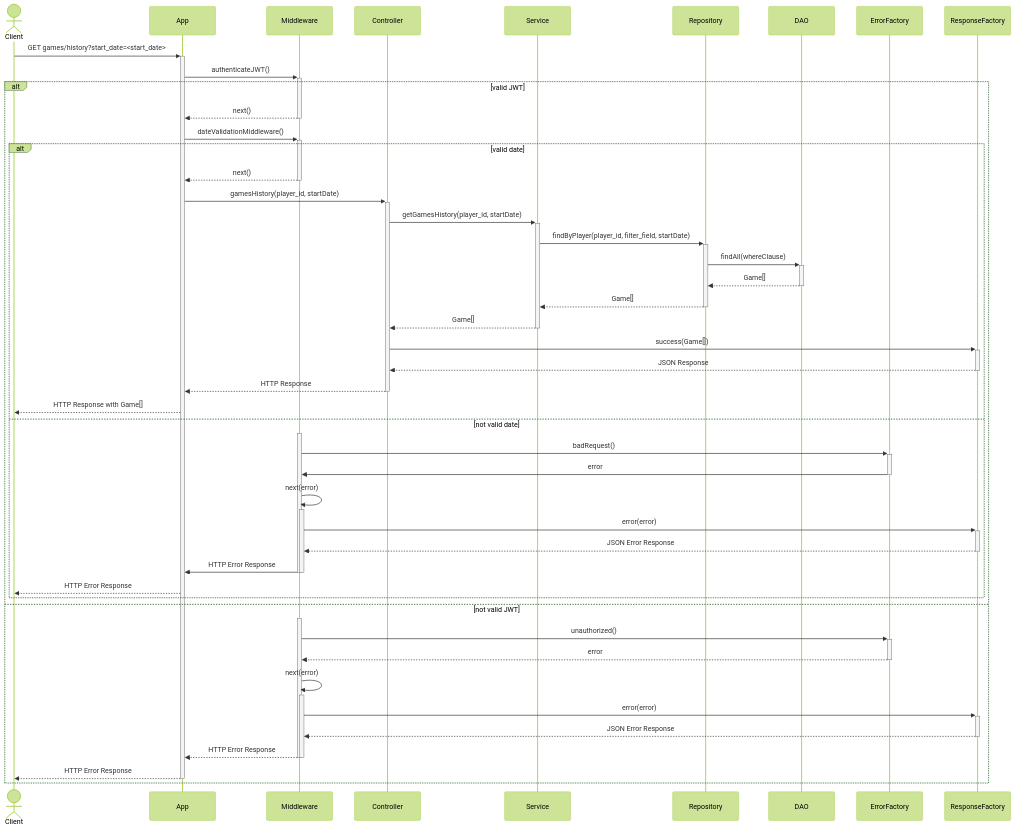
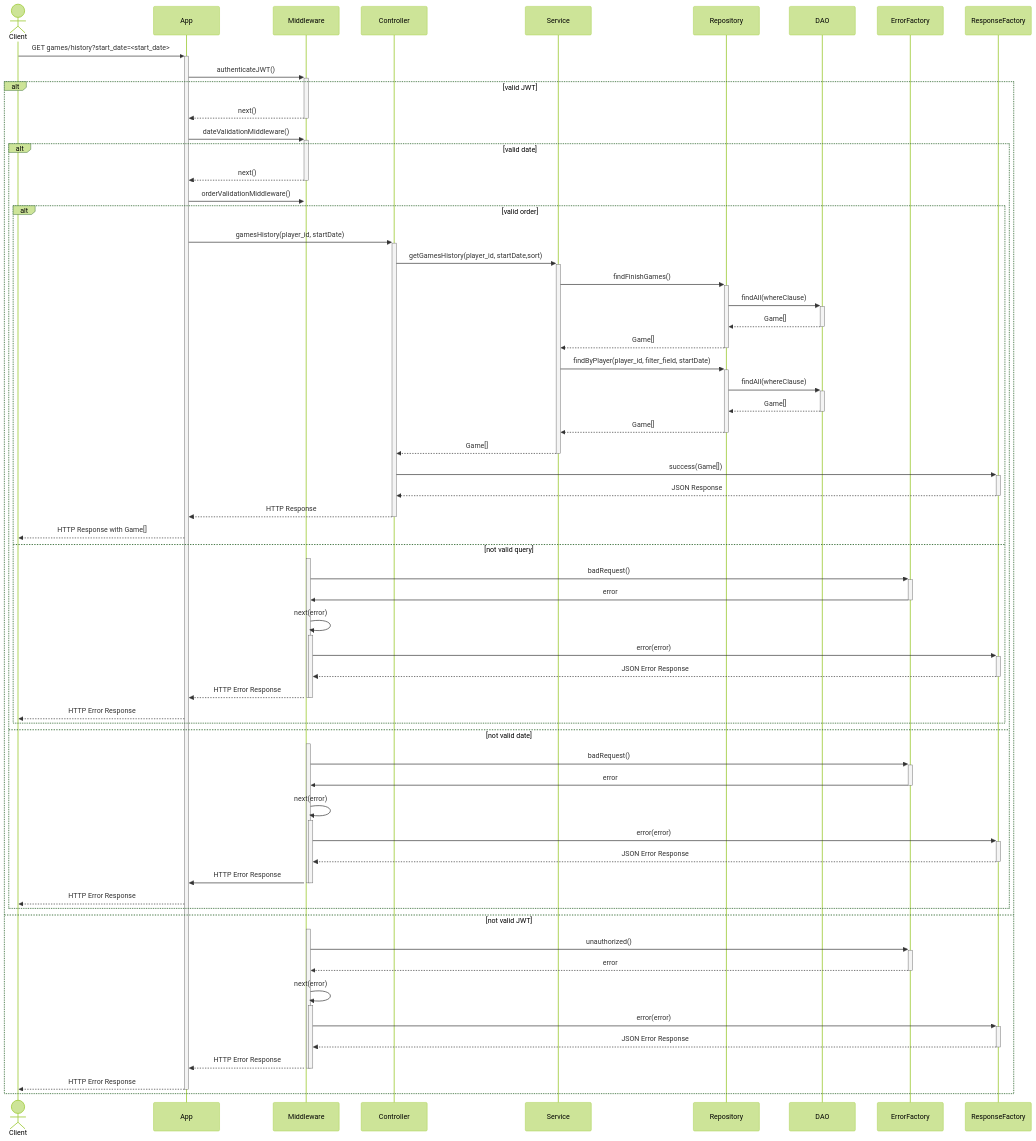
The fourth of 6 diagrams in README.md (nicolobartolinii/chess-backend), drawn with Mermaid (forest theme) before and after one commit. The commit also changed other lines of this file and 3 other files, not shown here.

Commit message:
fix, comments and one sequenze diagrams

````diff
--- a/README.md
+++ b/README.md
@@ -257,53 +257,70 @@
 ```mermaid
 sequenceDiagram
     actor Client
     participant App
     participant Middleware
     participant Controller
     participant Service
     participant Repository
     participant DAO
     participant ErrorFactory
     participant ResponseFactory
 
     Client->>+App: GET games/history?start_date=<start_date>
     App->>+Middleware: authenticateJWT()
     alt valid JWT
         Middleware-->>-App: next()
             App->>+Middleware: dateValidationMiddleware()
             alt valid date
                 Middleware-->>-App: next()
+                App->>+Middleware: orderValidationMiddleware()
+                alt valid order
                     App->>+Controller: gamesHistory(player_id, startDate)
-                    Controller->>+Service: getGamesHistory(player_id, startDate)
+                    Controller->>+Service: getGamesHistory(player_id, startDate,sort)
+                    Service->>+Repository:findFinishGames()
+                    Repository->>+DAO: findAll(whereClause)
+                    DAO-->>-Repository: Game[]
+                    Repository-->>-Service: Game[]
                     Service->>+Repository: findByPlayer(player_id, filter_field, startDate)
                     Repository->>+DAO: findAll(whereClause)
                     DAO-->>-Repository: Game[]
                     Repository-->>-Service: Game[]
                     Service-->>-Controller: Game[]
                     Controller->>+ResponseFactory: success(Game[])
                     ResponseFactory-->>-Controller: JSON Response
                     Controller-->>-App: HTTP Response
                     App-->>Client: HTTP Response with Game[]
+                else not valid query
+                    activate Middleware
+                    Middleware->>+ErrorFactory: badRequest()
+                    ErrorFactory->>-Middleware: error
+                    Middleware->>+Middleware: next(error)
+                    Middleware->>+ResponseFactory: error(error)
+                    ResponseFactory-->>-Middleware: JSON Error Response
+                    Middleware-->>-App: HTTP Error Response
+                    deactivate Middleware
+                    App-->>Client: HTTP Error Response
+                end
             else not valid date
                 activate Middleware
                 Middleware->>+ErrorFactory: badRequest()
                 ErrorFactory->>-Middleware: error
                 Middleware->>+Middleware: next(error)
                 Middleware->>+ResponseFactory: error(error)
                 ResponseFactory-->>-Middleware: JSON Error Response
                 Middleware->>-App: HTTP Error Response
                 deactivate Middleware
                 App-->>Client: HTTP Error Response
             end
     else not valid JWT
         activate Middleware
         Middleware->>+ErrorFactory: unauthorized()
         ErrorFactory-->>-Middleware: error
         Middleware->>+Middleware: next(error)
         Middleware->>+ResponseFactory: error(error)
         ResponseFactory-->>-Middleware: JSON Error Response
         Middleware-->>-App: HTTP Error Response
         deactivate Middleware
         App-->>-Client: HTTP Error Response
     end
 ```
````
